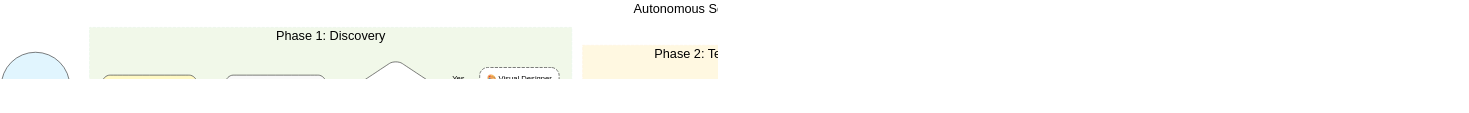
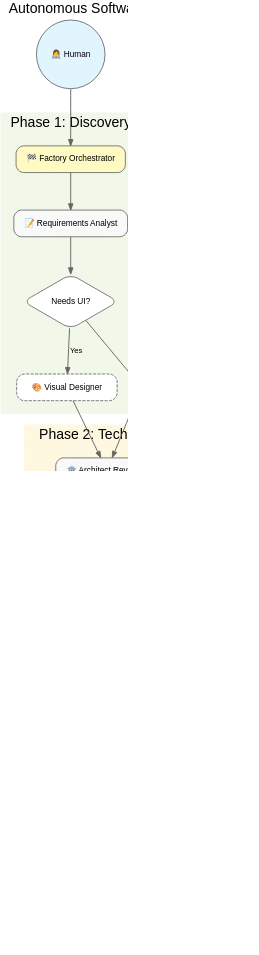
Before and after one commit to tibame201020/app-generator: the diagram in docs/workflow-diagram.qmd, drawn with Graphviz.

Commit message:
docs: switch dedicated workflow diagram to vertical (TB) layout

```diff
--- a/docs/workflow-diagram.qmd
+++ b/docs/workflow-diagram.qmd
@@ -13,18 +13,18 @@
 //| fig-format: svg
 digraph G {
     graph [
-        rankdir=LR,          // 橫向佈局
-        nodesep=0.4,
-        ranksep=0.6,
+        rankdir=TB,          // 回歸縱向佈局，符合閱讀習慣
+        nodesep=0.6,
+        ranksep=0.8,
         splines=polyline, 
-        pad=0.2,
+        pad=0.3,
         bgcolor="transparent",
-        dpi=150,           // 降低 DPI 避免基準圖過大
+        dpi=150,
         center=true
     ]
     
     fontname="Arial"
-    fontsize=20
+    fontsize=22
     label="Autonomous Software Factory Workflow"
     labelloc="t"
 
@@ -34,8 +34,9 @@
         style="filled,rounded", 
         fillcolor="#f9f9f9", 
         color="#333333",
-        fontsize=12,
-        margin=0.15
+        fontsize=13,
+        margin=0.2,
+        width=2.2
     ]
     
     edge [
```
